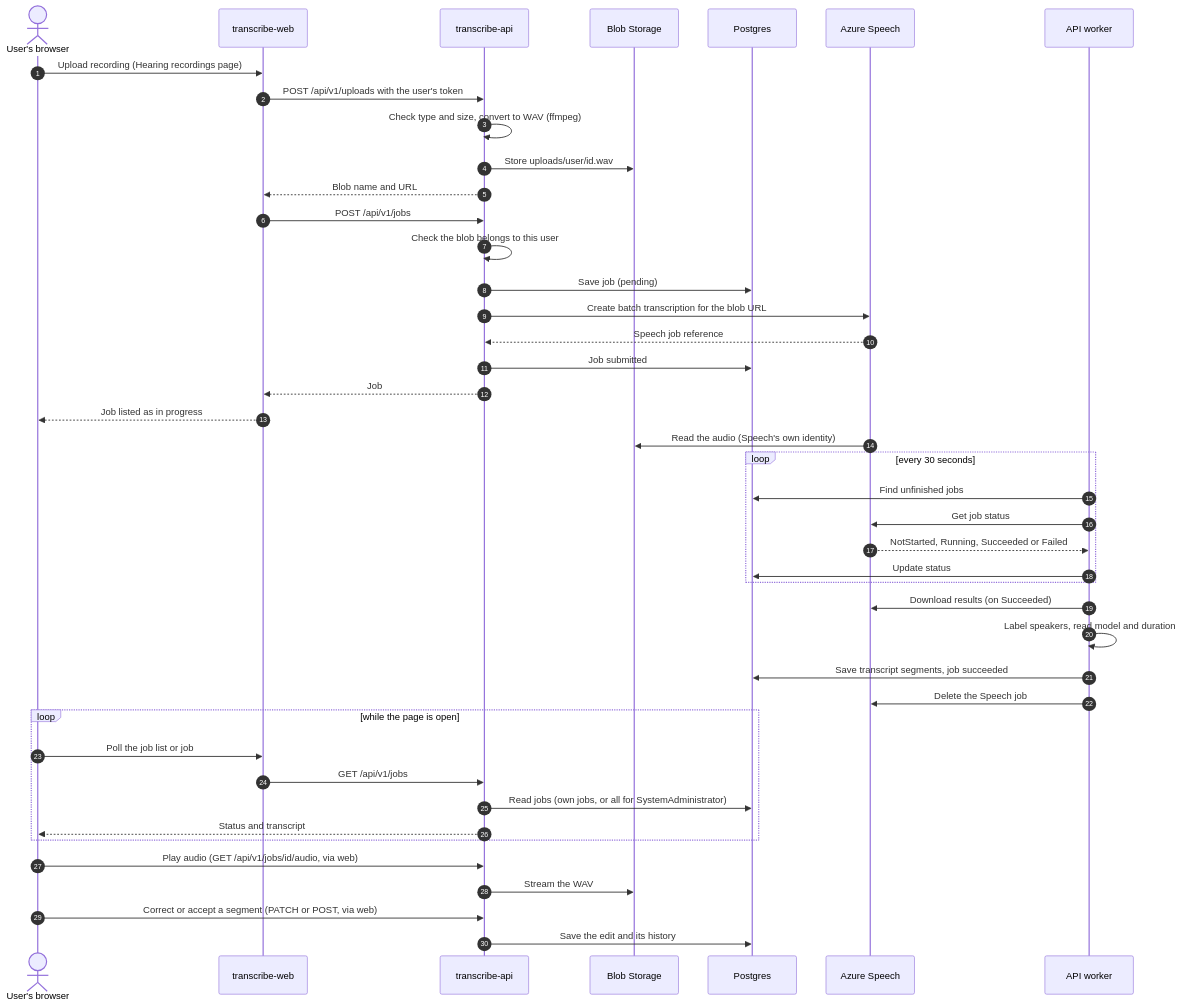
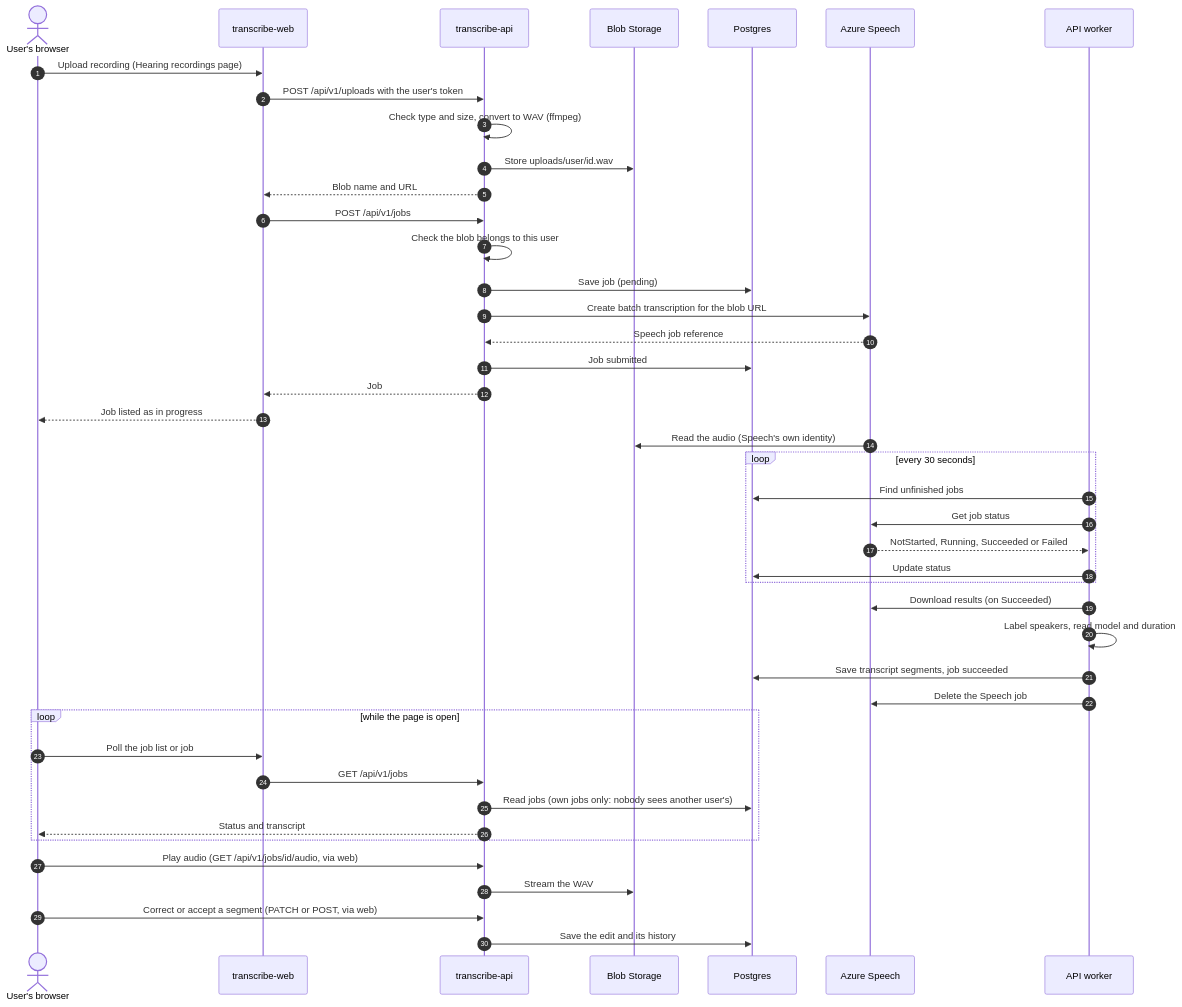
The fifth of 10 diagrams in docs/architecture/README.md (hmcts/transcribe-api), drawn with Mermaid before and after one commit. The commit also changed other lines of this file and 121 other files, not shown here.

````diff
--- a/docs/architecture/README.md
+++ b/docs/architecture/README.md
@@ -294,48 +294,48 @@
 ```mermaid
 sequenceDiagram
   autonumber
   actor U as User's browser
   participant W as transcribe-web
   participant A as transcribe-api
   participant B as Blob Storage
   participant D as Postgres
   participant S as Azure Speech
   participant K as API worker
 
   U->>W: Upload recording (Hearing recordings page)
   W->>A: POST /api/v1/uploads with the user's token
   A->>A: Check type and size, convert to WAV (ffmpeg)
   A->>B: Store uploads/user/id.wav
   A-->>W: Blob name and URL
   W->>A: POST /api/v1/jobs
   A->>A: Check the blob belongs to this user
   A->>D: Save job (pending)
   A->>S: Create batch transcription for the blob URL
   S-->>A: Speech job reference
   A->>D: Job submitted
   A-->>W: Job
   W-->>U: Job listed as in progress
 
   S->>B: Read the audio (Speech's own identity)
   loop every 30 seconds
     K->>D: Find unfinished jobs
     K->>S: Get job status
     S-->>K: NotStarted, Running, Succeeded or Failed
     K->>D: Update status
   end
   K->>S: Download results (on Succeeded)
   K->>K: Label speakers, read model and duration
   K->>D: Save transcript segments, job succeeded
   K->>S: Delete the Speech job
 
   loop while the page is open
     U->>W: Poll the job list or job
     W->>A: GET /api/v1/jobs
-    A->>D: Read jobs (own jobs, or all for SystemAdministrator)
+    A->>D: Read jobs (own jobs only: nobody sees another user's)
     A-->>U: Status and transcript
   end
   U->>A: Play audio (GET /api/v1/jobs/id/audio, via web)
   A->>B: Stream the WAV
   U->>A: Correct or accept a segment (PATCH or POST, via web)
   A->>D: Save the edit and its history
 ```
````
